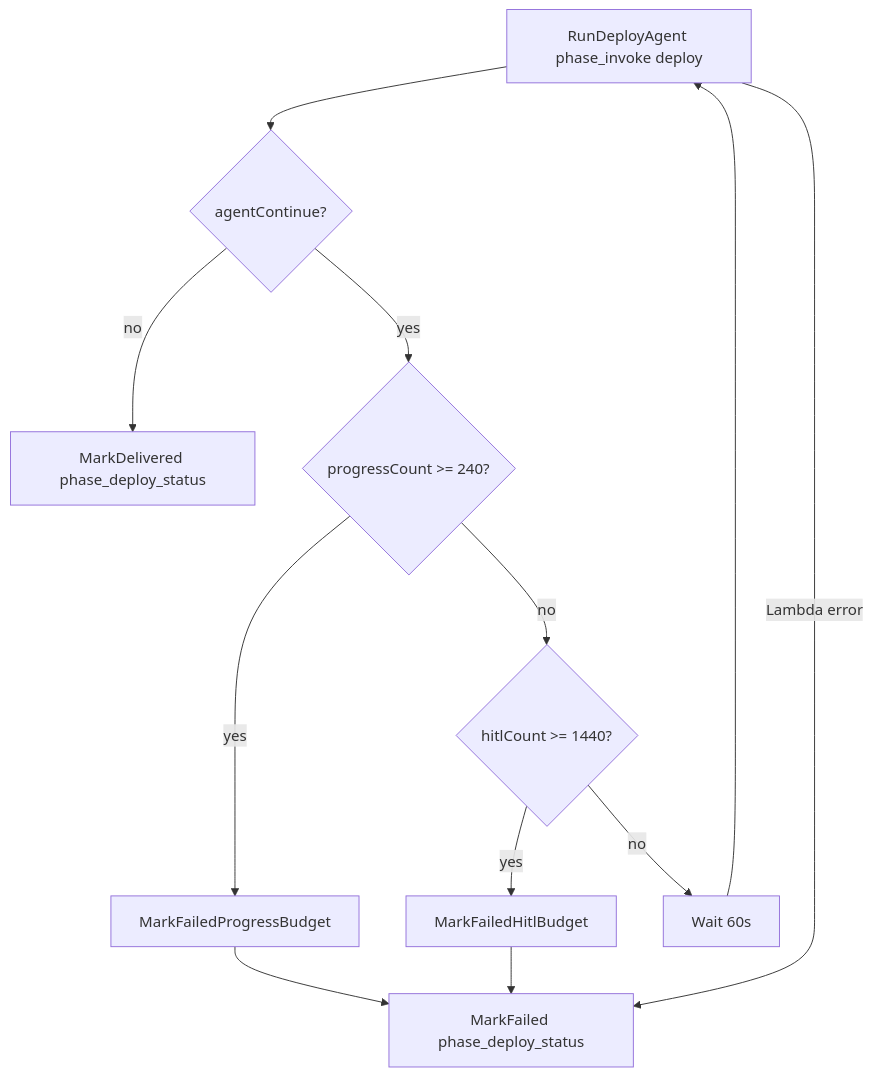
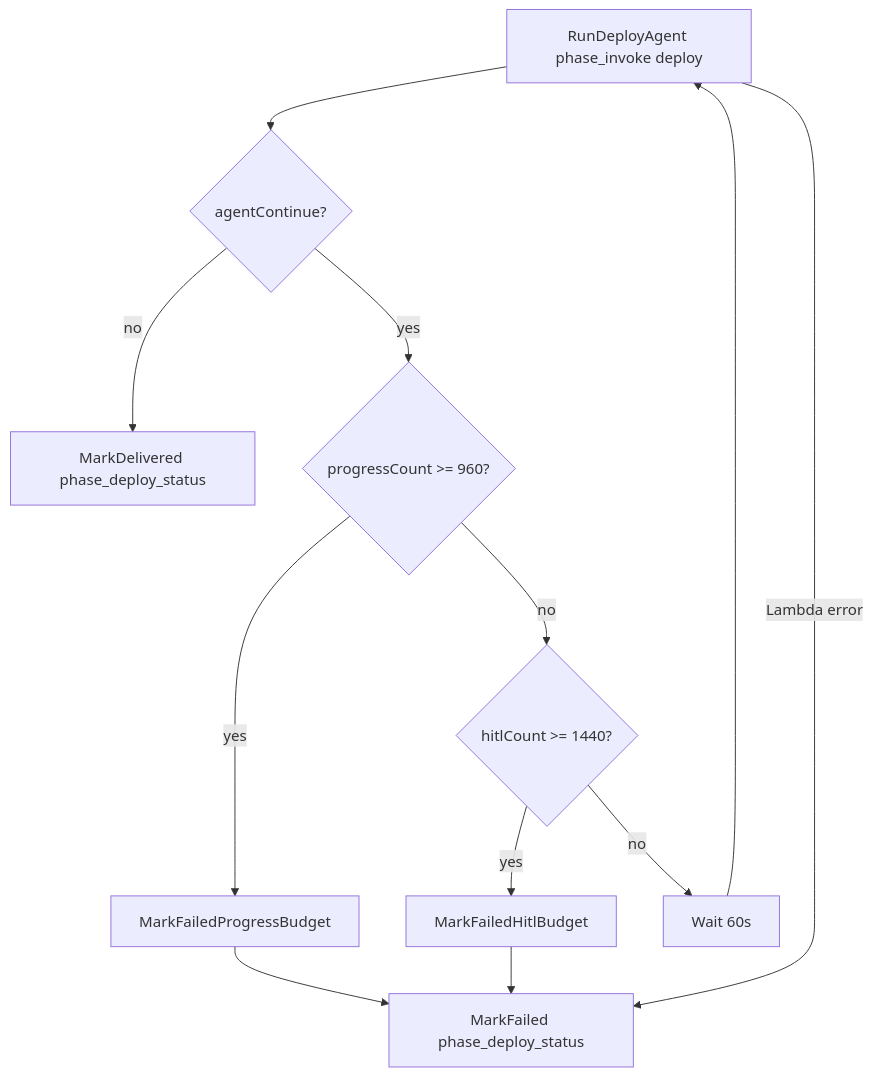
One commit to naveen-aivar/lz-agent changed the diagram in docs/deployment-agent-transform.md. Above: the diagram before and after it, drawn with Mermaid. The commit also changed other lines of this file and 5 other files, not shown here.

````diff
--- a/docs/deployment-agent-transform.md
+++ b/docs/deployment-agent-transform.md
@@ -23,14 +23,14 @@
 ```mermaid
 flowchart TD
   A[RunDeployAgent phase_invoke deploy] --> B{agentContinue?}
   B -->|no| G[MarkDelivered phase_deploy_status]
-  B -->|yes| P{progressCount >= 240?}
+  B -->|yes| P{progressCount >= 960?}
   P -->|yes| FP[MarkFailedProgressBudget]
   P -->|no| H{hitlCount >= 1440?}
   H -->|yes| FH[MarkFailedHitlBudget]
   H -->|no| W[Wait 60s]
   W --> A
   FP --> F[MarkFailed phase_deploy_status]
   FH --> F
   A -->|Lambda error| F
 ```
````
